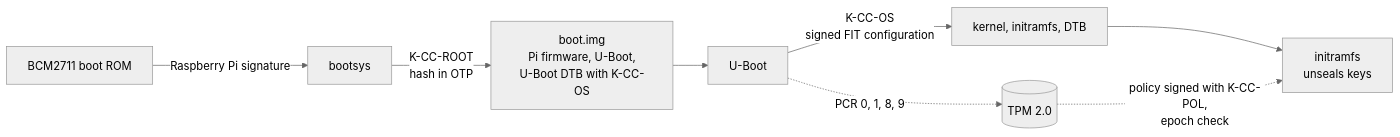
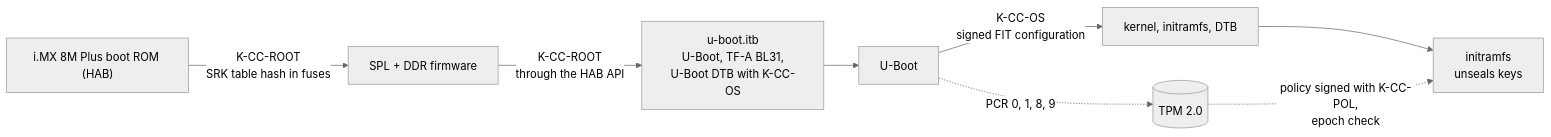
Before and after one commit to samyoon727ca/uas-sec-p2-verified-boot: the diagram in docs/02-cc-boot-chain.md, drawn with Mermaid (neutral theme). The commit also changed other lines of this file and 9 other files, not shown here.

````diff
--- a/docs/02-cc-boot-chain.md
+++ b/docs/02-cc-boot-chain.md
@@ -21,10 +24,10 @@
 ```mermaid
 flowchart LR
-  ROM["BCM2711 boot ROM"] -->|"Raspberry Pi signature"| BS["bootsys"]
-  BS -->|"K-CC-ROOT<br/>hash in OTP"| IMG["boot.img<br/>Pi firmware, U-Boot,<br/>U-Boot DTB with K-CC-OS"]
-  IMG --> UB["U-Boot"]
+  ROM["i.MX 8M Plus boot ROM (HAB)"] -->|"K-CC-ROOT<br/>SRK table hash in fuses"| SPL["SPL + DDR firmware"]
+  SPL -->|"K-CC-ROOT<br/>through the HAB API"| ITB["u-boot.itb<br/>U-Boot, TF-A BL31,<br/>U-Boot DTB with K-CC-OS"]
+  ITB --> UB["U-Boot"]
   UB -->|"K-CC-OS<br/>signed FIT configuration"| FIT["kernel, initramfs, DTB"]
   UB -.->|"PCR 0, 1, 8, 9"| TPM[("TPM 2.0")]
   FIT --> INIT["initramfs<br/>unseals keys"]
   TPM -.->|"policy signed with K-CC-POL,<br/>epoch check"| INIT
 ```
````
